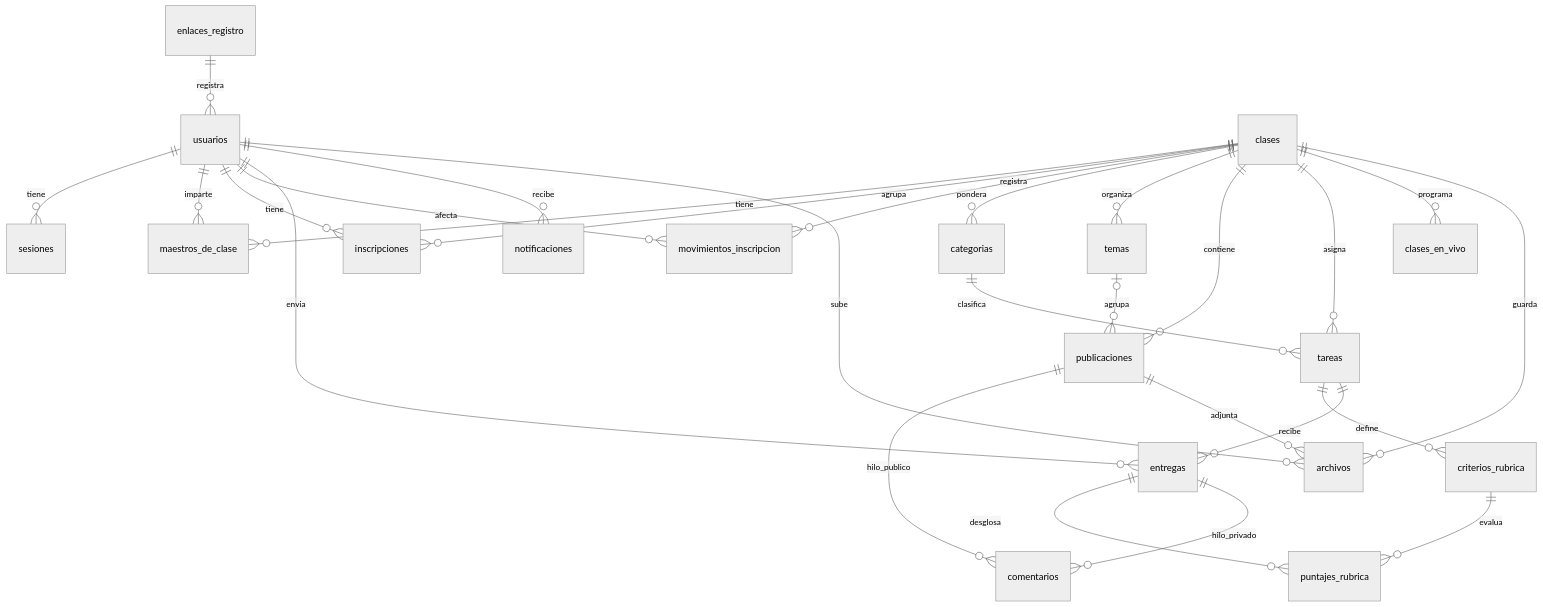
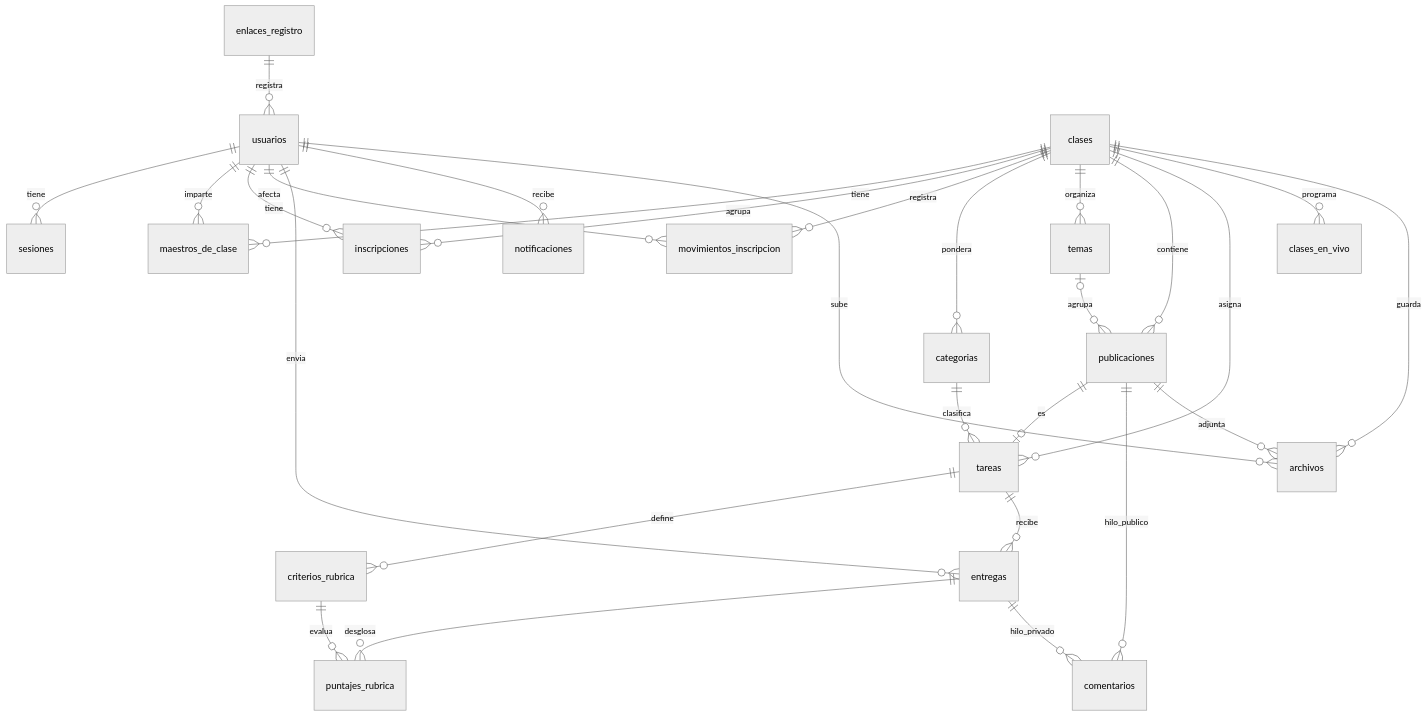
One commit to SASC01/cmep-campus-digital changed the second of 2 diagrams in docs/ARCHITECTURE.md. Above: the diagram before and after it, drawn with Mermaid (neutral theme). The commit also changed other lines of this file and 73 other files, not shown here.

````diff
--- a/docs/ARCHITECTURE.md
+++ b/docs/ARCHITECTURE.md
@@ -357,29 +357,30 @@
 ```mermaid
 erDiagram
   usuarios ||--o{ sesiones : tiene
   enlaces_registro ||--o{ usuarios : registra
   usuarios ||--o{ maestros_de_clase : imparte
   clases ||--o{ maestros_de_clase : tiene
   usuarios ||--o{ inscripciones : tiene
   clases ||--o{ inscripciones : agrupa
   clases ||--o{ movimientos_inscripcion : registra
   usuarios ||--o{ movimientos_inscripcion : afecta
   clases ||--o{ categorias : pondera
   clases ||--o{ temas : organiza
   temas |o--o{ publicaciones : agrupa
   clases ||--o{ publicaciones : contiene
   clases ||--o{ tareas : asigna
+  publicaciones ||--o| tareas : es
   clases ||--o{ clases_en_vivo : programa
   categorias ||--o{ tareas : clasifica
   tareas ||--o{ criterios_rubrica : define
   tareas ||--o{ entregas : recibe
   usuarios ||--o{ entregas : envia
   entregas ||--o{ puntajes_rubrica : desglosa
   criterios_rubrica ||--o{ puntajes_rubrica : evalua
   usuarios ||--o{ notificaciones : recibe
   publicaciones ||--o{ comentarios : hilo_publico
   entregas ||--o{ comentarios : hilo_privado
   usuarios ||--o{ archivos : sube
   clases ||--o{ archivos : guarda
   publicaciones ||--o{ archivos : adjunta
 ```
````
